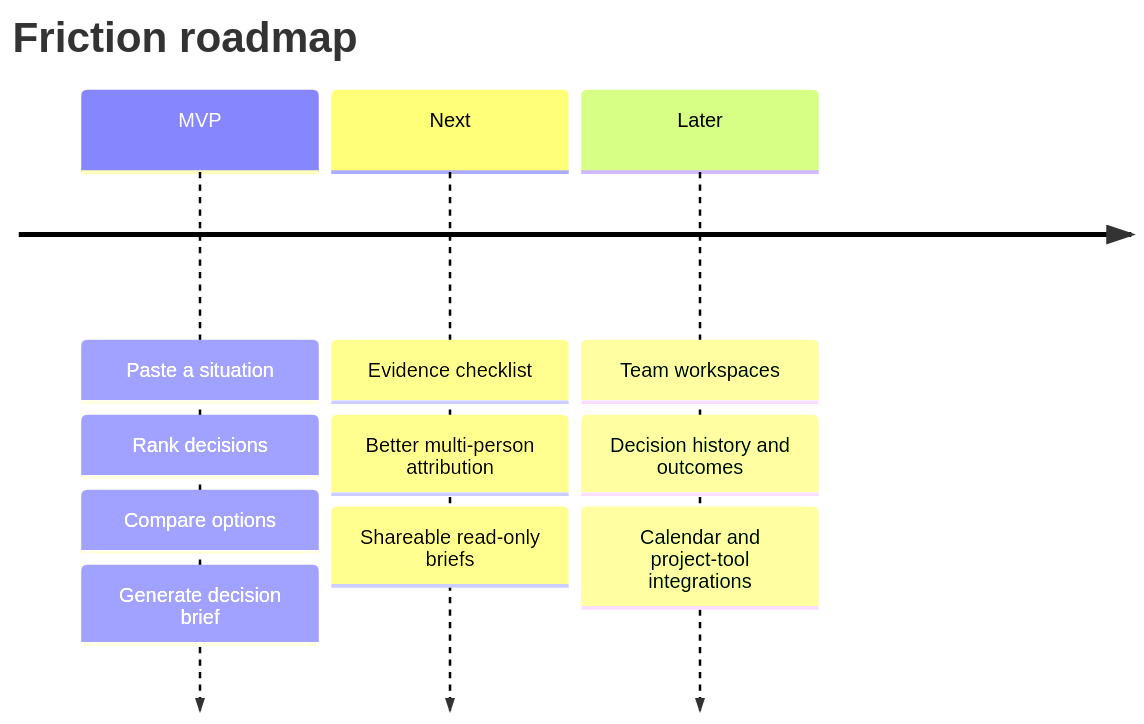
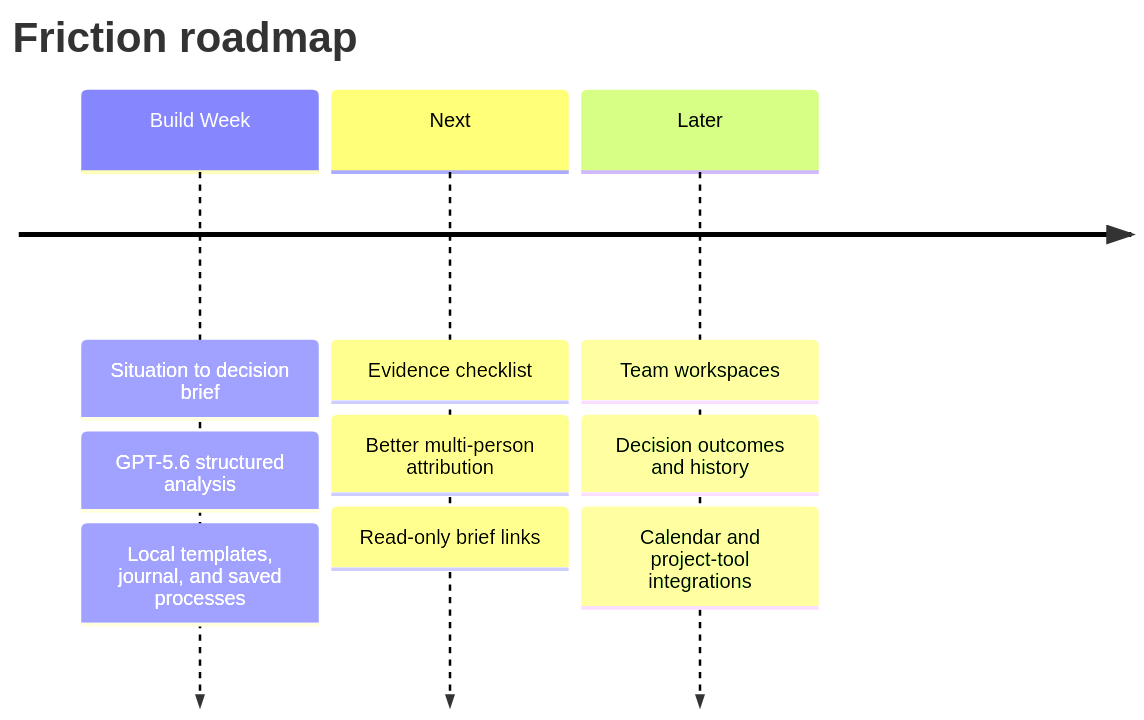
The fifth of 5 diagrams in README.md (Moustafa-Ameen/friction), drawn with Mermaid before and after one commit. The commit also changed other lines of this file and 1 other file, not shown here.

Commit message:
Polish README with visual build story

````diff
--- a/README.md
+++ b/README.md
@@ -300,14 +316,13 @@
 ```mermaid
 timeline
     title Friction roadmap
-    MVP : Paste a situation
-        : Rank decisions
-        : Compare options
-        : Generate decision brief
-    Next : Evidence checklist
-         : Better multi-person attribution
-         : Shareable read-only briefs
-    Later : Team workspaces
-          : Decision history and outcomes
-          : Calendar and project-tool integrations
+    Build Week : Situation to decision brief
+               : GPT-5.6 structured analysis
+               : Local templates, journal, and saved processes
+    Next       : Evidence checklist
+               : Better multi-person attribution
+               : Read-only brief links
+    Later      : Team workspaces
+               : Decision outcomes and history
+               : Calendar and project-tool integrations
 ```
````
